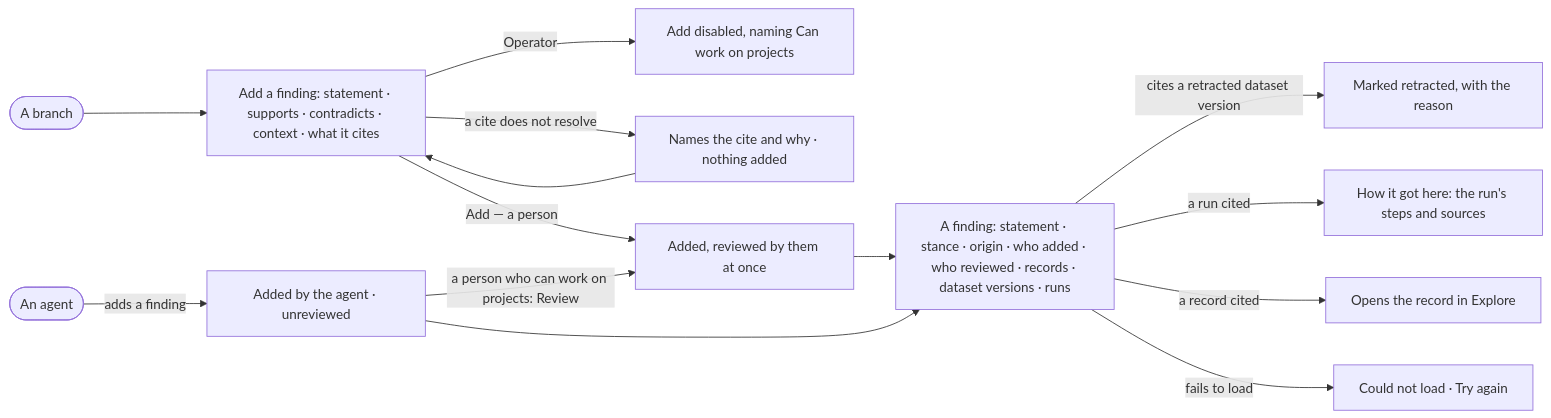
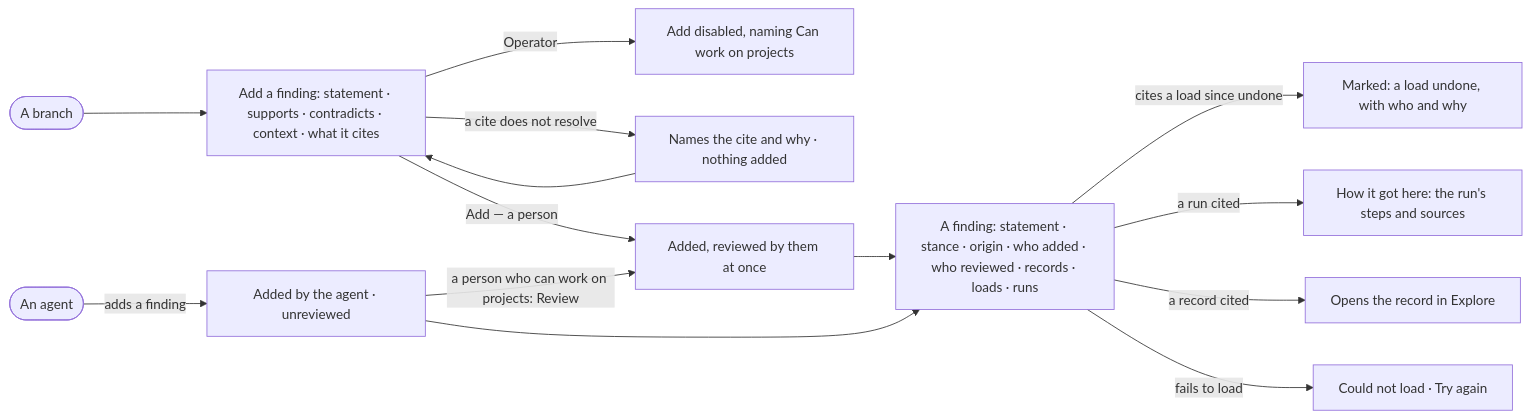
The diagram in specs/capabilities/projects/features/PJ-F03-branches-findings-and-decisions/stories/PJ-06-weigh-a-finding-and-the-records-behind-it/story.md (invana/invana), drawn with Mermaid before and after one commit. The commit also changed other lines of this file and 637 other files, not shown here.

````diff
--- a/specs/capabilities/projects/features/PJ-F03-branches-findings-and-decisions/stories/PJ-06-weigh-a-finding-and-the-records-behind-it/story.md
+++ b/specs/capabilities/projects/features/PJ-F03-branches-findings-and-decisions/stories/PJ-06-weigh-a-finding-and-the-records-behind-it/story.md
@@ -29,15 +29,15 @@
 ```mermaid
 flowchart LR
   b([A branch]) --> add["Add a finding: statement · supports · contradicts · context · what it cites"]
   add -->|Operator| na["Add disabled, naming Can work on projects"]
   add -->|a cite does not resolve| ref["Names the cite and why · nothing added"] --> add
   add -->|Add — a person| rev["Added, reviewed by them at once"]
   agent([An agent]) -->|adds a finding| unrev["Added by the agent · unreviewed"]
   unrev -->|a person who can work on projects: Review| rev
-  rev --> f["A finding: statement · stance · origin · who added · who reviewed · records · dataset versions · runs"]
+  rev --> f["A finding: statement · stance · origin · who added · who reviewed · records · loads · runs"]
   unrev --> f
-  f -->|cites a retracted dataset version| rt["Marked retracted, with the reason"]
+  f -->|cites a load since undone| rt["Marked: a load undone, with who and why"]
   f -->|a run cited| tr["How it got here: the run's steps and sources"]
   f -->|a record cited| rc["Opens the record in Explore"]
   f -->|fails to load| x["Could not load · Try again"]
 ```
````
